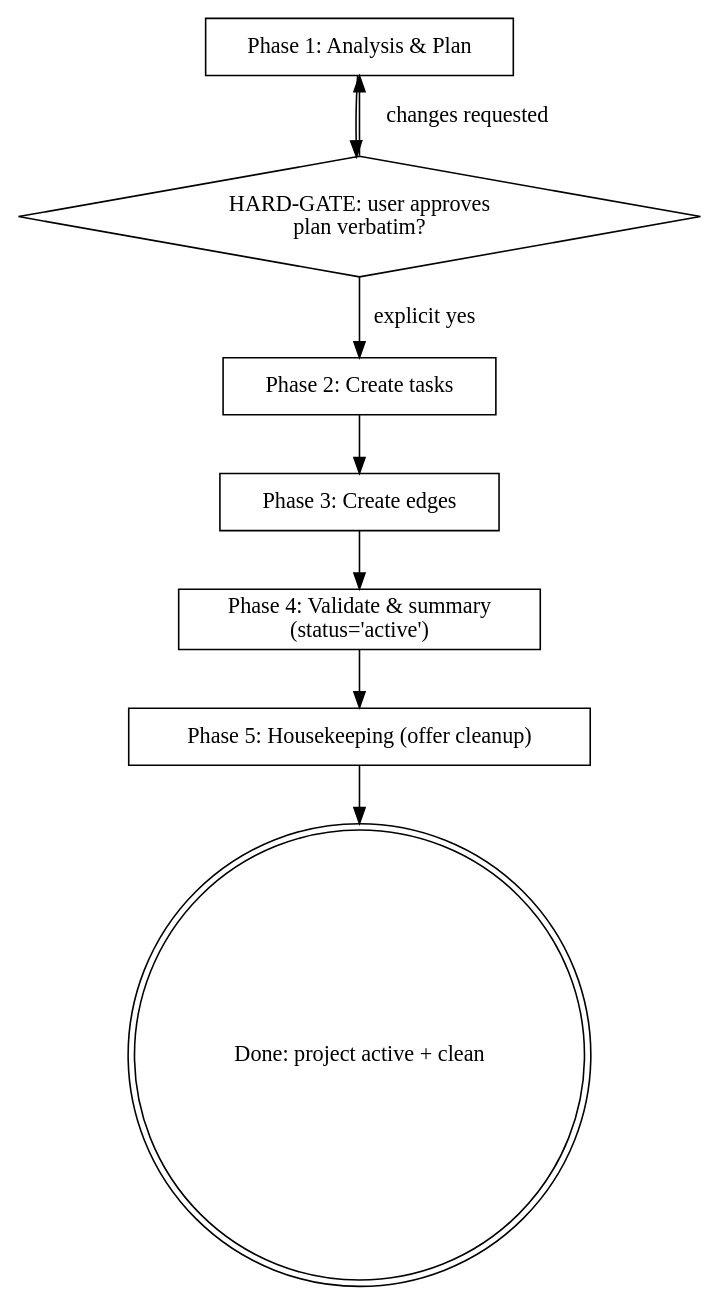
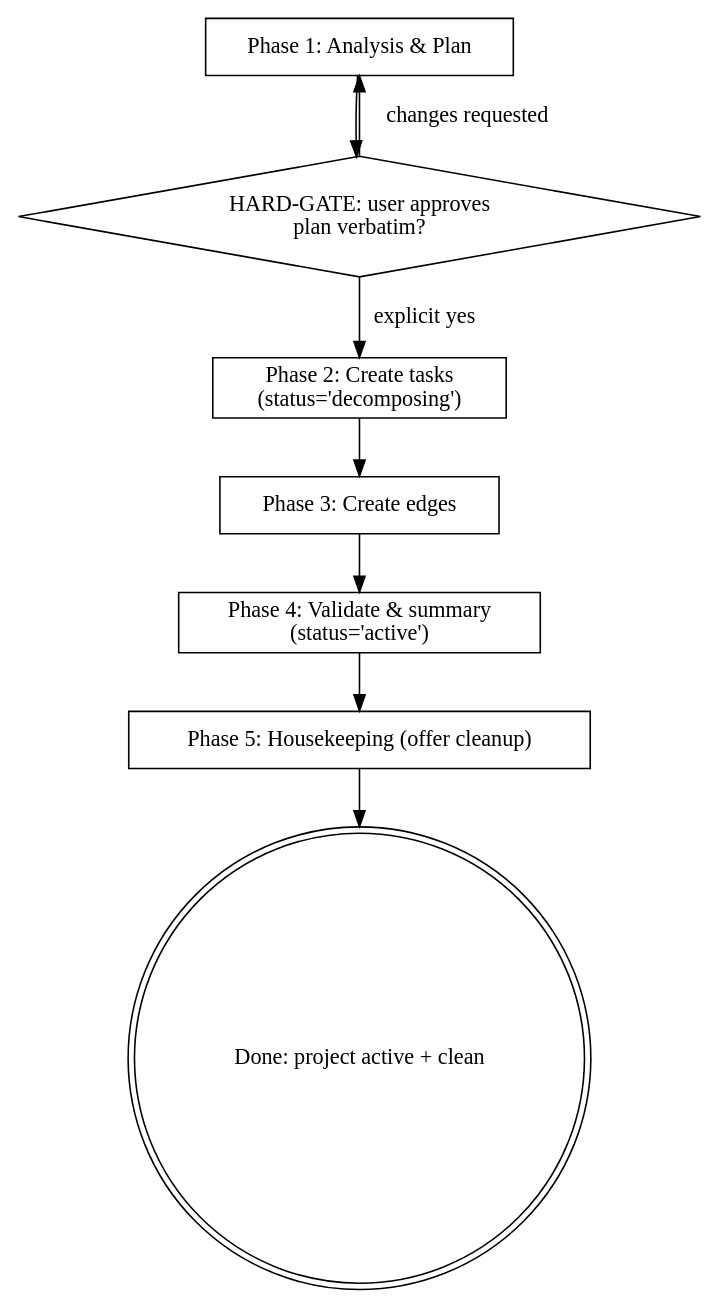
Before and after one commit to FrkAk/piyaz: the diagram in plugins/claude-code/agents/decompose.md, drawn with Graphviz. The commit also changed other lines of this file and 157 other files, not shown here.

````diff
--- a/plugins/claude-code/agents/decompose.md
+++ b/plugins/claude-code/agents/decompose.md
@@ -77,19 +77,19 @@
 ```dot
 digraph decompose {
     "Phase 1: Analysis & Plan" [shape=box];
     "HARD-GATE: user approves\nplan verbatim?" [shape=diamond];
-    "Phase 2: Create tasks" [shape=box];
+    "Phase 2: Create tasks\n(status='decomposing')" [shape=box];
     "Phase 3: Create edges" [shape=box];
     "Phase 4: Validate & summary\n(status='active')" [shape=box];
     "Phase 5: Housekeeping (offer cleanup)" [shape=box];
     "Done: project active + clean" [shape=doublecircle];
 
     "Phase 1: Analysis & Plan" -> "HARD-GATE: user approves\nplan verbatim?";
     "HARD-GATE: user approves\nplan verbatim?" -> "Phase 1: Analysis & Plan" [label="changes requested"];
-    "HARD-GATE: user approves\nplan verbatim?" -> "Phase 2: Create tasks" [label="explicit yes"];
-    "Phase 2: Create tasks" -> "Phase 3: Create edges";
+    "HARD-GATE: user approves\nplan verbatim?" -> "Phase 2: Create tasks\n(status='decomposing')" [label="explicit yes"];
+    "Phase 2: Create tasks\n(status='decomposing')" -> "Phase 3: Create edges";
     "Phase 3: Create edges" -> "Phase 4: Validate & summary\n(status='active')";
     "Phase 4: Validate & summary\n(status='active')" -> "Phase 5: Housekeeping (offer cleanup)";
     "Phase 5: Housekeeping (offer cleanup)" -> "Done: project active + clean";
 }
 ```
````
